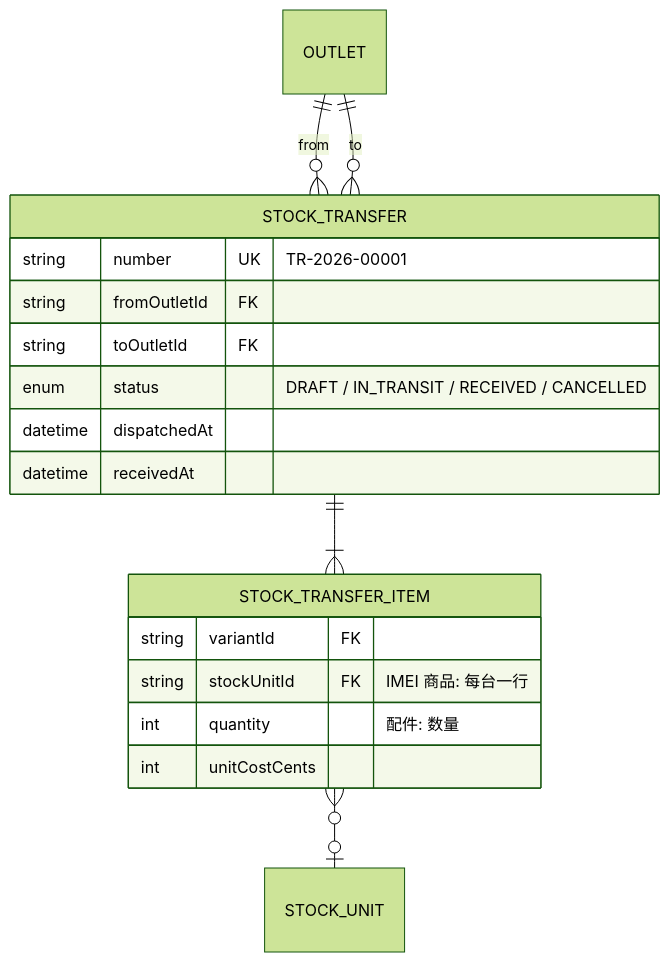
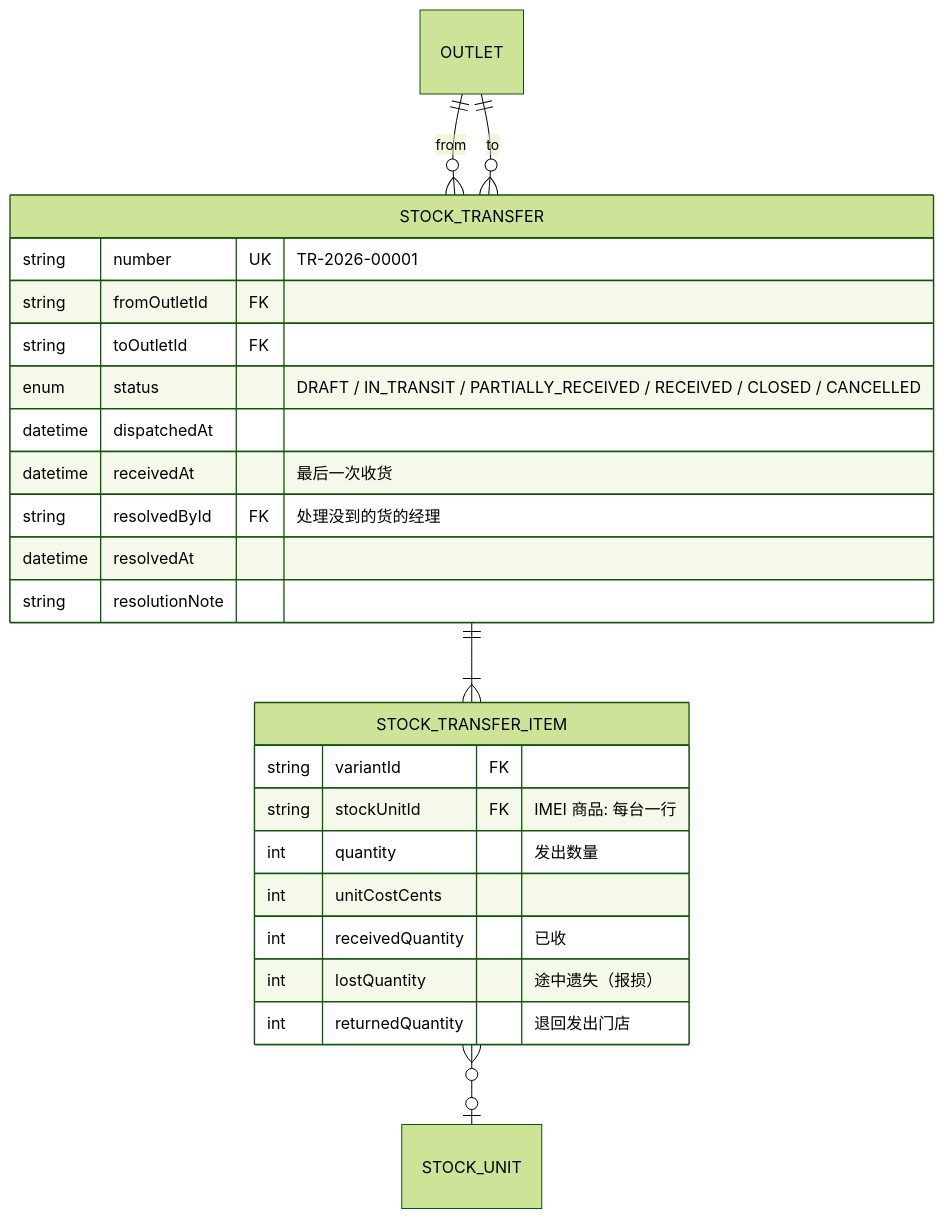
The sixth of 7 diagrams in docs/02-database-erd.md (AhHau92/pos-saas), drawn with Mermaid (forest theme) before and after one commit. The commit also changed other lines of this file and 78 other files, not shown here.

````diff
--- a/docs/02-database-erd.md
+++ b/docs/02-database-erd.md
@@ -217,22 +218,28 @@
 ```mermaid
 erDiagram
     OUTLET ||--o{ STOCK_TRANSFER : "from"
     OUTLET ||--o{ STOCK_TRANSFER : "to"
     STOCK_TRANSFER ||--|{ STOCK_TRANSFER_ITEM : ""
     STOCK_TRANSFER_ITEM }o--o| STOCK_UNIT : ""
 
     STOCK_TRANSFER {
         string number UK "TR-2026-00001"
         string fromOutletId FK
         string toOutletId FK
-        enum status "DRAFT / IN_TRANSIT / RECEIVED / CANCELLED"
+        enum status "DRAFT / IN_TRANSIT / PARTIALLY_RECEIVED / RECEIVED / CLOSED / CANCELLED"
         datetime dispatchedAt
-        datetime receivedAt
+        datetime receivedAt "最后一次收货"
+        string resolvedById FK "处理没到的货的经理"
+        datetime resolvedAt
+        string resolutionNote
     }
     STOCK_TRANSFER_ITEM {
         string variantId FK
         string stockUnitId FK "IMEI 商品: 每台一行"
-        int quantity "配件: 数量"
+        int quantity "发出数量"
         int unitCostCents
+        int receivedQuantity "已收"
+        int lostQuantity "途中遗失（报损）"
+        int returnedQuantity "退回发出门店"
     }
 ```
````
